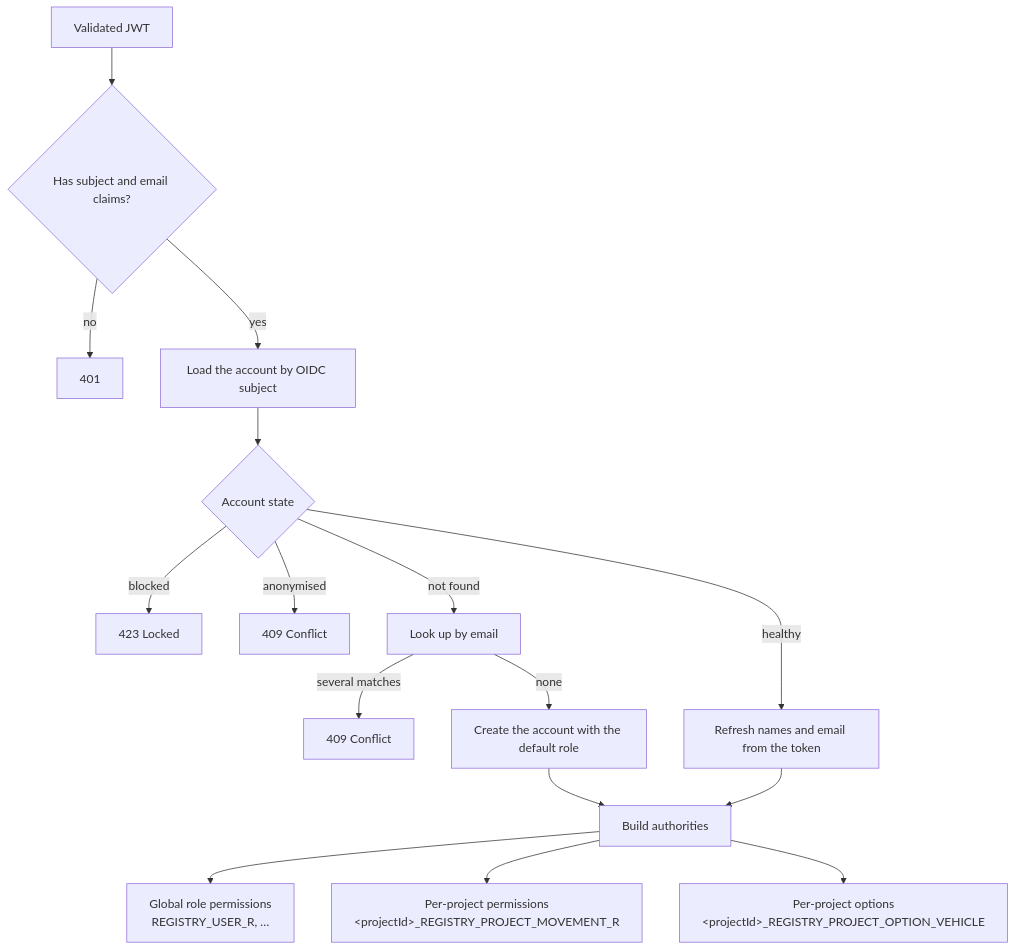
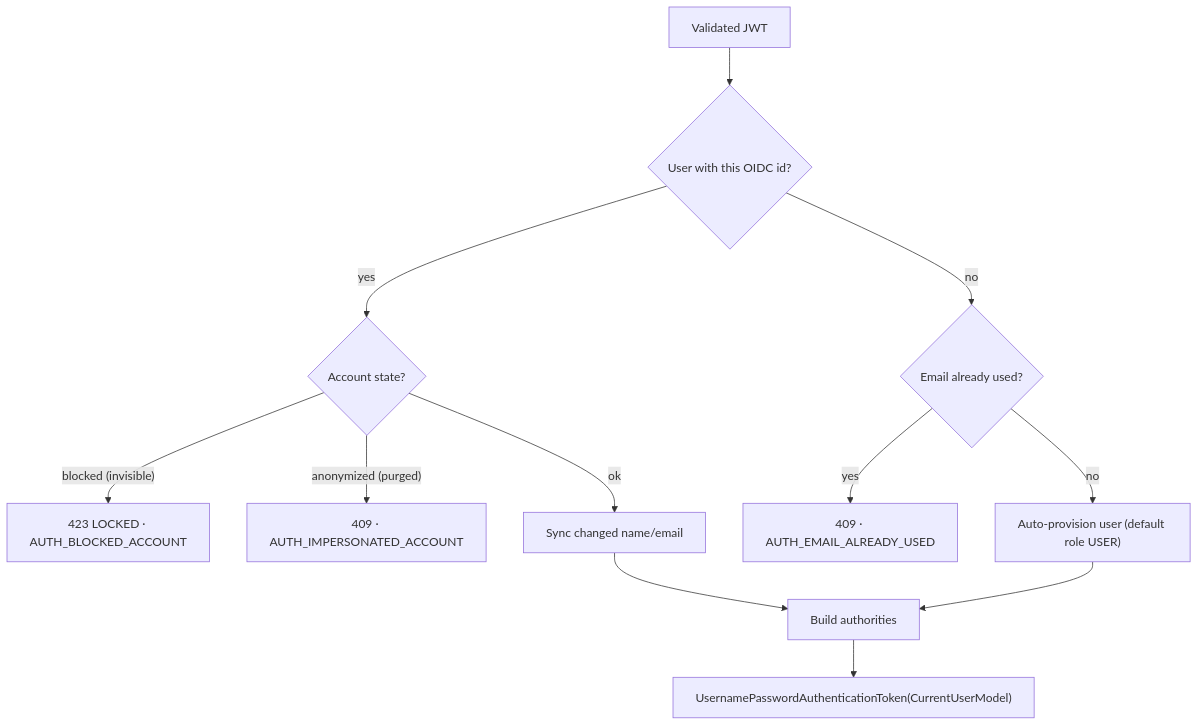
Before and after one commit to laucoin/Documentations: the second of 2 diagrams in documentation/registry/technical/security.md, drawn with Mermaid. The commit also changed other lines of this file and 14 other files, not shown here.

First line of the commit message:
fix(registry): correct dates, permissions, and pool-label domain rules

````diff
--- a/documentation/registry/technical/security.md
+++ b/documentation/registry/technical/security.md
@@ -46,18 +42,14 @@
 ```mermaid
 flowchart TD
-    A["Validated JWT"] --> B{"Has subject and email claims?"}
-    B -->|no| R1["401"]
-    B -->|yes| C["Load the account by OIDC subject"]
-    C --> D{"Account state"}
-    D -->|blocked| R2["423 Locked"]
-    D -->|anonymised| R3["409 Conflict"]
-    D -->|not found| E["Look up by email"]
-    E -->|several matches| R4["409 Conflict"]
-    E -->|none| F["Create the account with the default role"]
-    D -->|healthy| G["Refresh names and email from the token"]
-    F --> H
-    G --> H["Build authorities"]
-    H --> I["Global role permissions<br/>REGISTRY_USER_R, …"]
-    H --> J["Per-project permissions<br/>&lt;projectId&gt;_REGISTRY_PROJECT_MOVEMENT_R"]
-    H --> K["Per-project options<br/>&lt;projectId&gt;_REGISTRY_PROJECT_OPTION_VEHICLE"]
+    A["Validated JWT"] --> B{"User with this OIDC id?"}
+    B -- yes --> C{"Account state?"}
+    C -- "blocked (invisible)" --> X["423 LOCKED · AUTH_BLOCKED_ACCOUNT"]
+    C -- "anonymized (purged)" --> Y["409 · AUTH_IMPERSONATED_ACCOUNT"]
+    C -- ok --> D["Sync changed name/email"]
+    B -- no --> E{"Email already used?"}
+    E -- "yes" --> Z["409 · AUTH_EMAIL_ALREADY_USED"]
+    E -- "no" --> F["Auto-provision user (default role USER)"]
+    D --> G["Build authorities"]
+    F --> G
+    G --> H["UsernamePasswordAuthenticationToken(CurrentUserModel)"]
 ```
````
